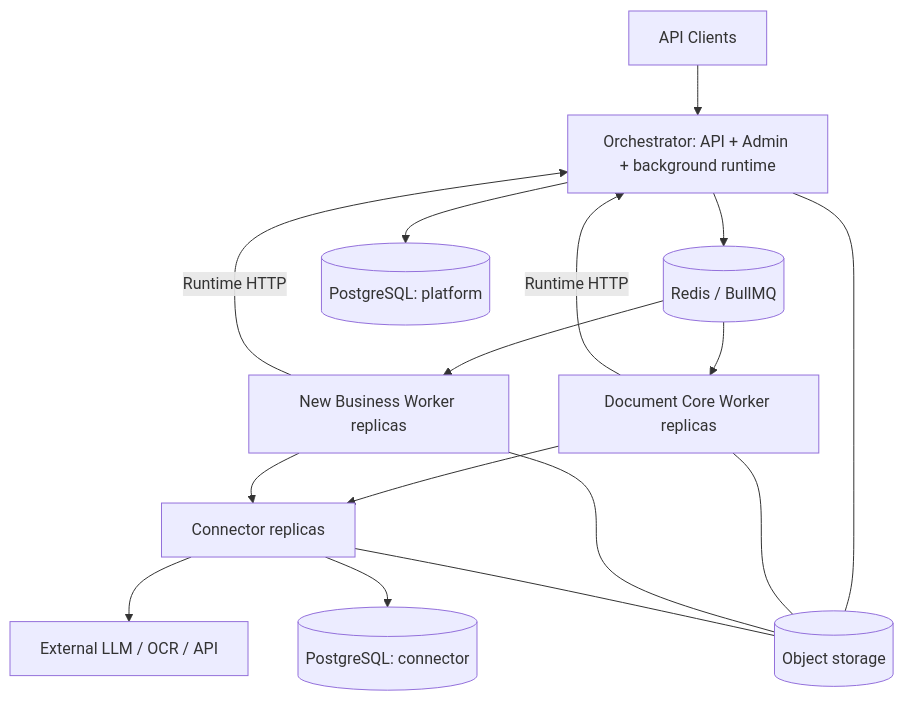
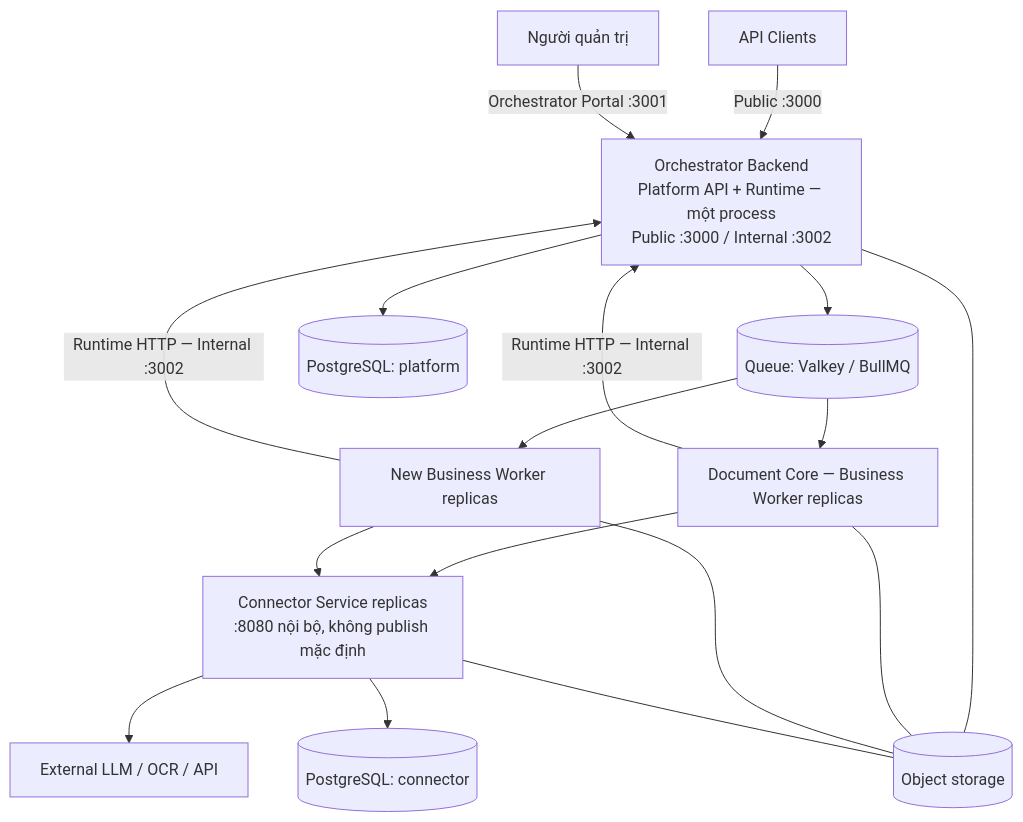
The diagram in du-rework/docs/02-architecture.md (OrgGem/dugate), drawn with Mermaid before and after one commit. The commit also changed other lines of this file and 3975 other files, not shown here.

````diff
--- a/du-rework/docs/02-architecture.md
+++ b/du-rework/docs/02-architecture.md
@@ -5,18 +7,20 @@
 ```mermaid
 flowchart TB
-  Client[API Clients] --> O[Orchestrator: API + Admin + background runtime]
-  O --> Q[(Redis / BullMQ)]
-  Q --> D[Document Core Worker replicas]
+  Client[API Clients] -->|Public :3000| O
+  Admin[Người quản trị] -->|Orchestrator Portal :3001| O
+  O[Orchestrator Backend<br/>Platform API + Runtime — một process<br/>Public :3000 / Internal :3002]
+  O --> Q[(Queue: Valkey / BullMQ)]
+  Q --> D[Document Core — Business Worker replicas]
   Q --> B[New Business Worker replicas]
-  D --> C[Connector replicas]
+  D --> C[Connector Service replicas<br/>:8080 nội bộ, không publish mặc định]
   B --> C
   C --> P[External LLM / OCR / API]
-  D -->|Runtime HTTP| O
-  B -->|Runtime HTTP| O
+  D -->|Runtime HTTP — Internal :3002| O
+  B -->|Runtime HTTP — Internal :3002| O
   O --> DB[(PostgreSQL: platform)]
   C --> CD[(PostgreSQL: connector)]
   O --- S[(Object storage)]
   D --- S
   B --- S
   C --- S
 ```
````
